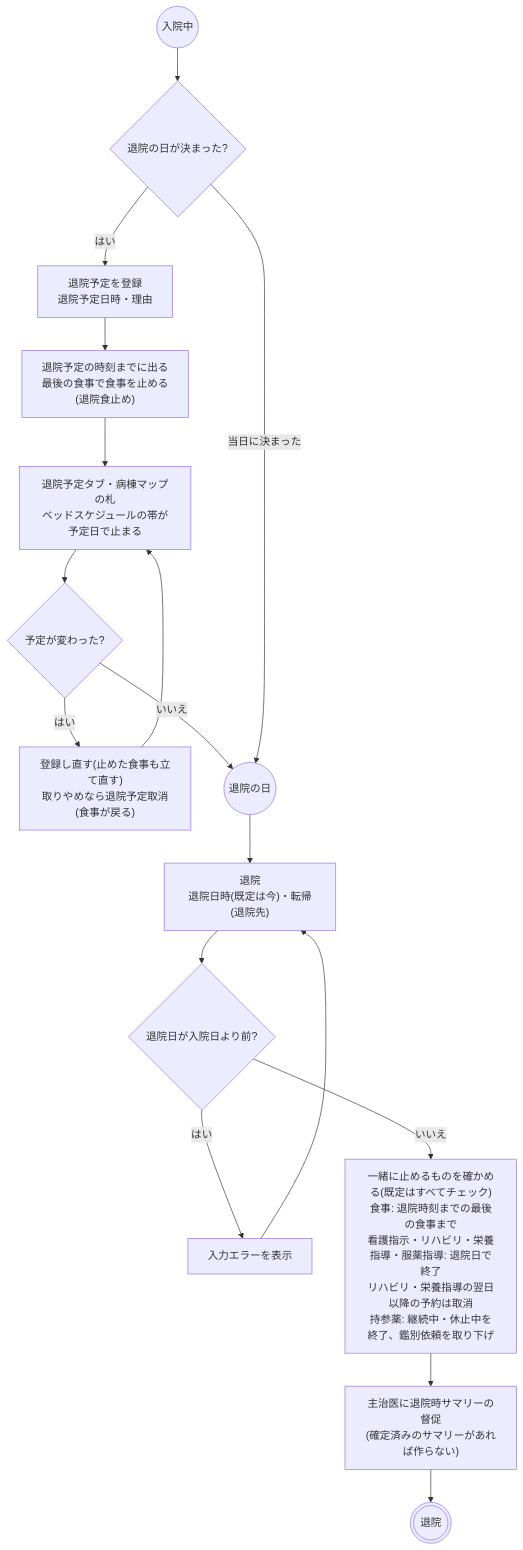
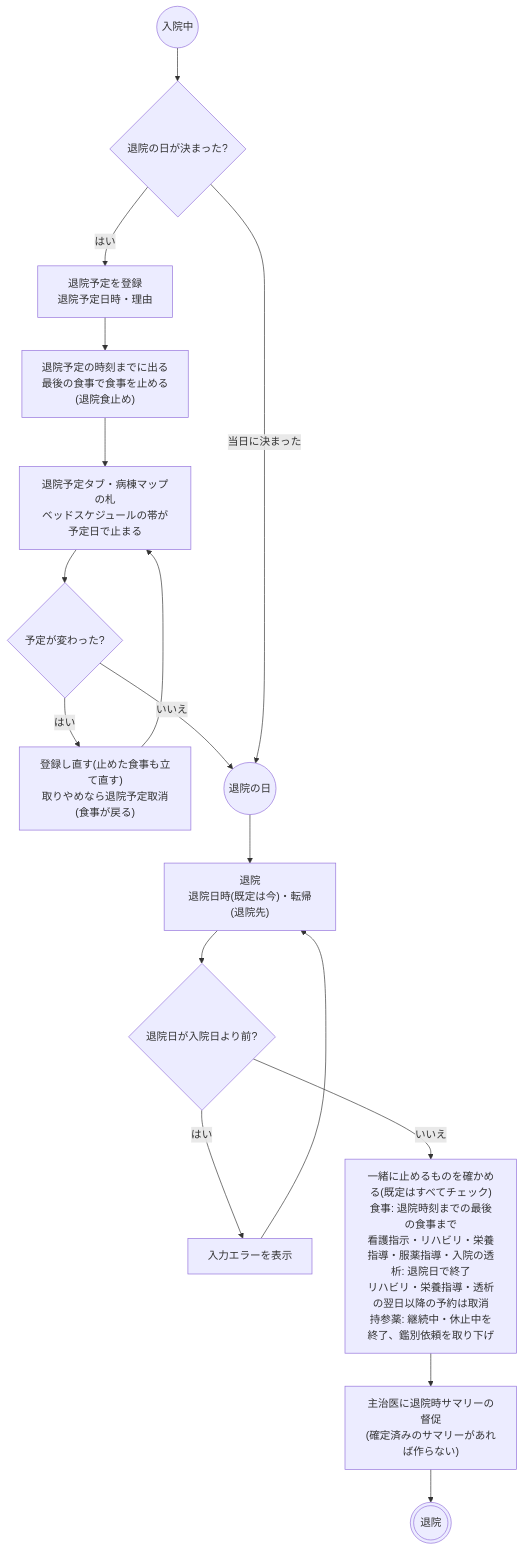
Before and after one commit to ysnr-dev/fhir-client: the fifth of 9 diagrams in docs/order-flows/admission-discharge.md, drawn with Mermaid. The commit also changed other lines of this file and 31 other files, not shown here.

````diff
--- a/docs/order-flows/admission-discharge.md
+++ b/docs/order-flows/admission-discharge.md
@@ -224,26 +224,26 @@
 ```mermaid
 flowchart TD
   course(("入院中"))
   planQ{"退院の日が決まった?"}
   dplan["退院予定を登録<br/>退院予定日時・理由"]
   planMeal["退院予定の時刻までに出る<br/>最後の食事で食事を止める<br/>(退院食止め)"]
   planned["退院予定タブ・病棟マップの札<br/>ベッドスケジュールの帯が予定日で止まる"]
   change{"予定が変わった?"}
   replan["登録し直す(止めた食事も立て直す)<br/>取りやめなら退院予定取消(食事が戻る)"]
   dday(("退院の日"))
   modal["退院<br/>退院日時(既定は今)・転帰(退院先)"]
   dateQ{"退院日が入院日より前?"}
   error["入力エラーを表示"]
-  stops["一緒に止めるものを確かめる(既定はすべてチェック)<br/>食事: 退院時刻までの最後の食事まで<br/>看護指示・リハビリ・栄養指導・服薬指導: 退院日で終了<br/>リハビリ・栄養指導の翌日以降の予約は取消<br/>持参薬: 継続中・休止中を終了、鑑別依頼を取り下げ"]
+  stops["一緒に止めるものを確かめる(既定はすべてチェック)<br/>食事: 退院時刻までの最後の食事まで<br/>看護指示・リハビリ・栄養指導・服薬指導・入院の透析: 退院日で終了<br/>リハビリ・栄養指導・透析の翌日以降の予約は取消<br/>持参薬: 継続中・休止中を終了、鑑別依頼を取り下げ"]
   due["主治医に退院時サマリーの督促<br/>(確定済みのサマリーがあれば作らない)"]
   done((("退院")))
 
   course --> planQ
   planQ -- "はい" --> dplan --> planMeal --> planned --> change
   change -- "はい" --> replan --> planned
   change -- "いいえ" --> dday
   planQ -- "当日に決まった" --> dday
   dday --> modal --> dateQ
   dateQ -- "はい" --> error --> modal
   dateQ -- "いいえ" --> stops --> due --> done
 ```
````
